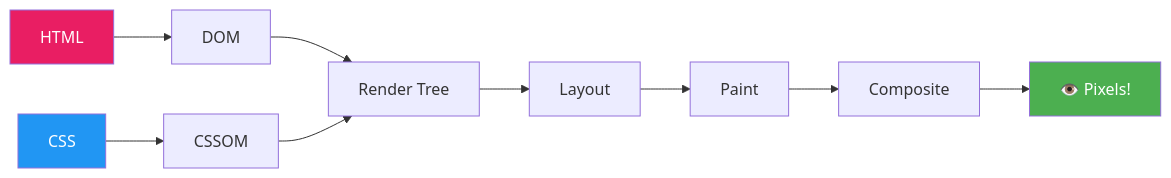
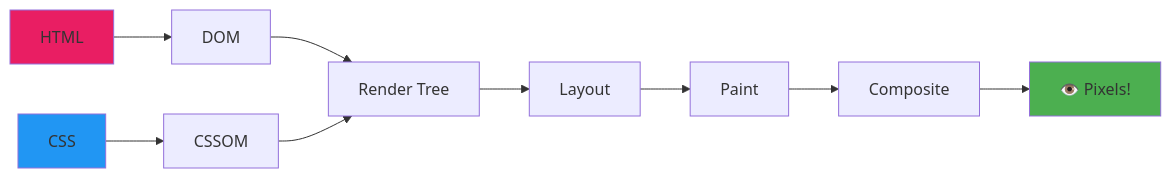
The tenth of 35 diagrams in readme.md (Anuhyaaa/web-optimization), drawn with Mermaid before and after one commit. The commit also changed other lines of this file and 1 other file, not shown here.

Commit message:
Fix Mermaid diagram text visibility by removing invalid color:white syntax

````diff
--- a/readme.md
+++ b/readme.md
@@ -782,15 +782,15 @@
 ```mermaid
 graph LR
     A[HTML] --> B[DOM]
     C[CSS] --> D[CSSOM]
     B --> E[Render Tree]
     D --> E
     E --> F[Layout]
     F --> G[Paint]
     G --> H[Composite]
     H --> I[👁️ Pixels!]
     
-    style A fill:#E91E63,color:white
-    style C fill:#2196F3,color:white
-    style I fill:#4CAF50,color:white
+    style A fill:#E91E63
+    style C fill:#2196F3
+    style I fill:#4CAF50
 ```
````
